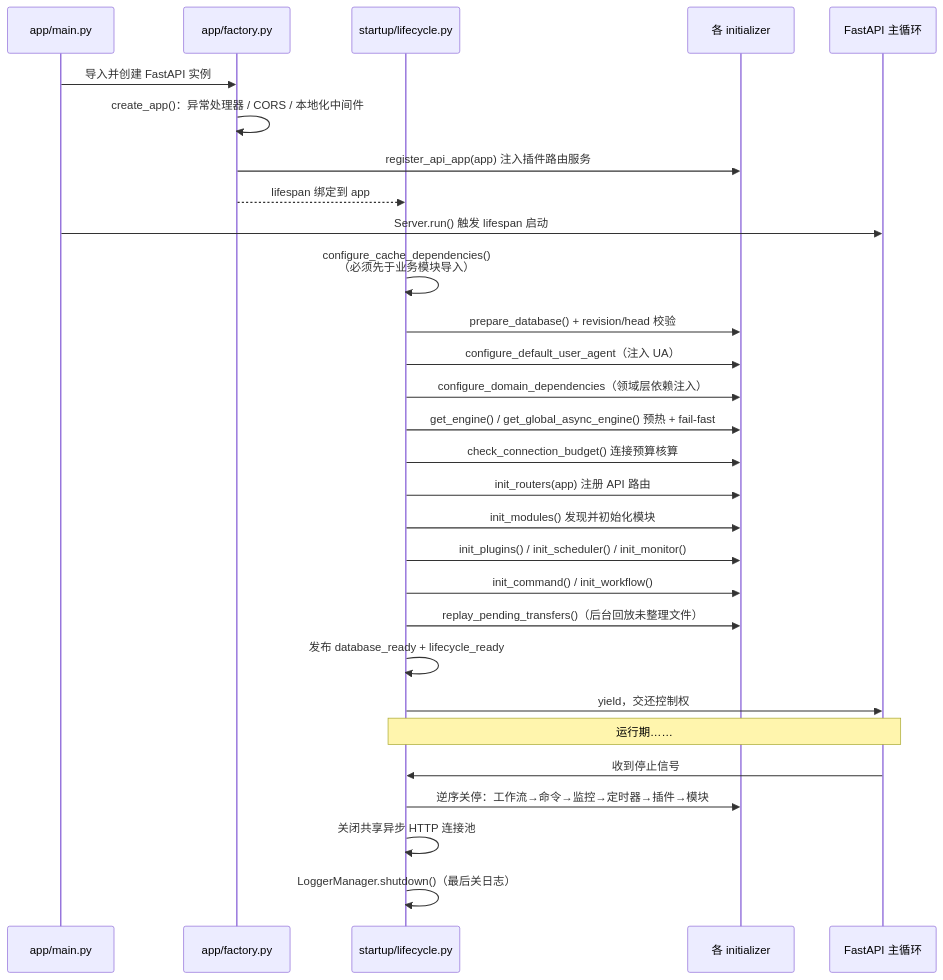
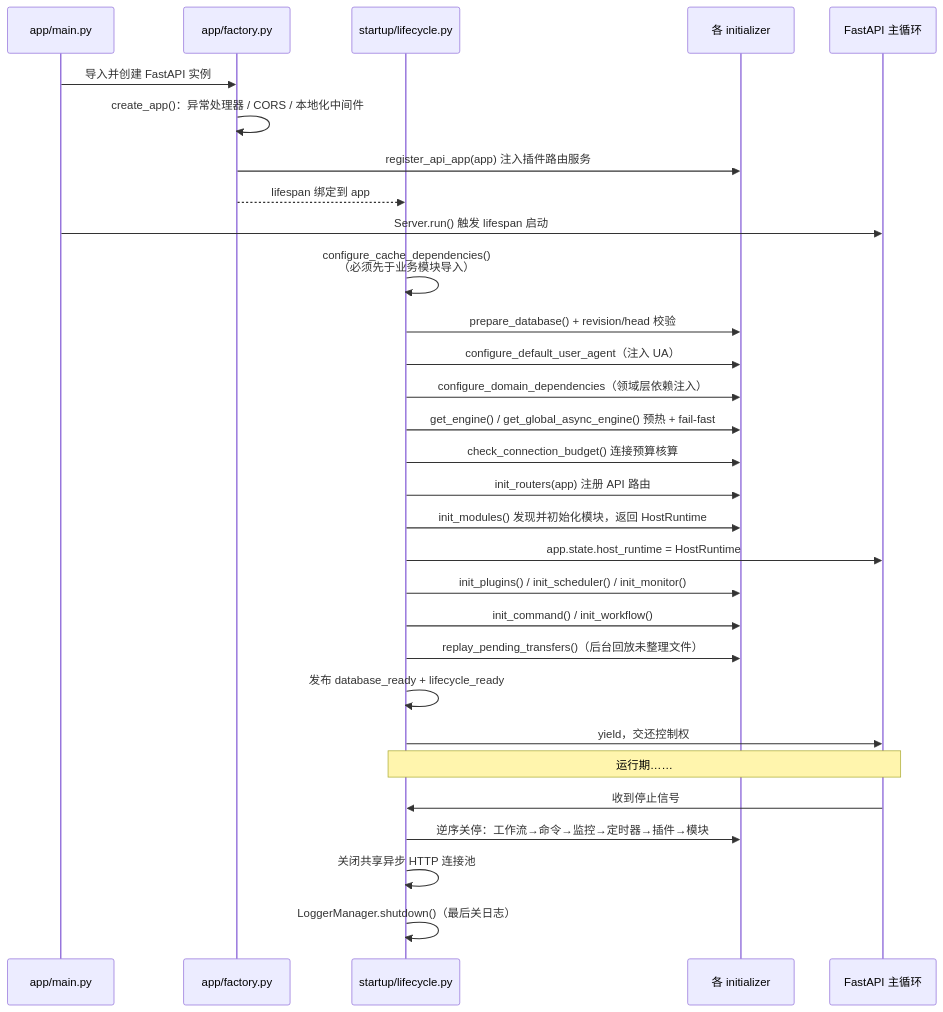
The third of 14 diagrams in docs/architecture-overview.md (jxxghp/MoviePilot), drawn with Mermaid before and after one commit. The commit also changed other lines of this file and 11 other files, not shown here.

Commit message:
refactor: introduce typed host runtime

````diff
--- a/docs/architecture-overview.md
+++ b/docs/architecture-overview.md
@@ -201,33 +201,34 @@
 ```mermaid
 sequenceDiagram
     participant Main as app/main.py
     participant Factory as app/factory.py
     participant Life as startup/lifecycle.py
     participant Init as 各 initializer
     participant FastAPI as FastAPI 主循环
 
     Main->>Factory: 导入并创建 FastAPI 实例
     Factory->>Factory: create_app()：异常处理器 / CORS / 本地化中间件
     Factory->>Init: register_api_app(app) 注入插件路由服务
     Factory-->>Life: lifespan 绑定到 app
     Main->>FastAPI: Server.run() 触发 lifespan 启动
 
     Life->>Life: configure_cache_dependencies()<br/>（必须先于业务模块导入）
     Life->>Init: prepare_database() + revision/head 校验
     Life->>Init: configure_default_user_agent（注入 UA）
     Life->>Init: configure_domain_dependencies（领域层依赖注入）
     Life->>Init: get_engine() / get_global_async_engine() 预热 + fail-fast
     Life->>Init: check_connection_budget() 连接预算核算
     Life->>Init: init_routers(app) 注册 API 路由
-    Life->>Init: init_modules() 发现并初始化模块
+    Life->>Init: init_modules() 发现并初始化模块，返回 HostRuntime
+    Life->>FastAPI: app.state.host_runtime = HostRuntime
     Life->>Init: init_plugins() / init_scheduler() / init_monitor()
     Life->>Init: init_command() / init_workflow()
     Life->>Init: replay_pending_transfers()（后台回放未整理文件）
     Life->>Life: 发布 database_ready + lifecycle_ready
     Life->>FastAPI: yield，交还控制权
     Note over Life,FastAPI: 运行期……
     FastAPI->>Life: 收到停止信号
     Life->>Init: 逆序关停：工作流→命令→监控→定时器→插件→模块
     Life->>Life: 关闭共享异步 HTTP 连接池
     Life->>Life: LoggerManager.shutdown()（最后关日志）
 ```
````
